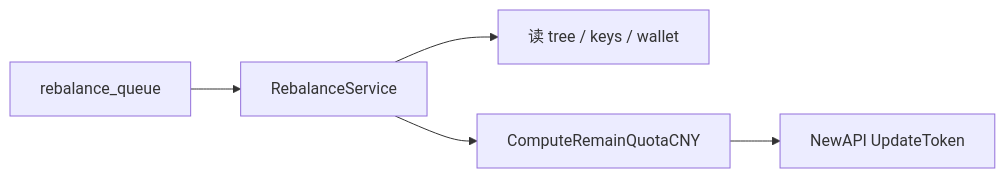
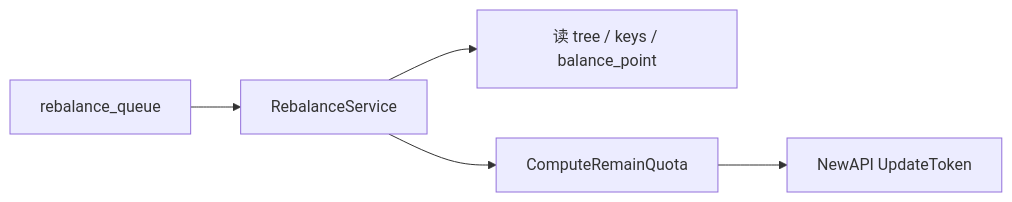
One commit to quyip8818/mytokenjoy changed the fifth of 7 diagrams in docs/Backend-预算.md. Above: the diagram before and after it, drawn with Mermaid. The commit also changed other lines of this file and 115 other files, not shown here.

````diff
--- a/docs/Backend-预算.md
+++ b/docs/Backend-预算.md
@@ -212,7 +215,7 @@
 ```mermaid
 flowchart LR
   Q[rebalance_queue] --> RB[RebalanceService]
-  RB --> READ[读 tree / keys / wallet]
-  RB --> CALC[ComputeRemainQuotaCNY]
+  RB --> READ[读 tree / keys / balance_point]
+  RB --> CALC[ComputeRemainQuota]
   CALC --> NA[NewAPI UpdateToken]
 ```
````
